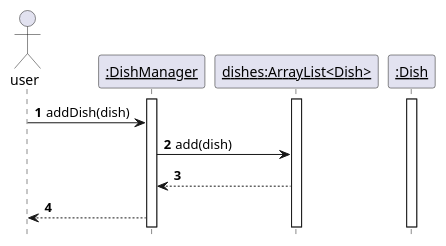
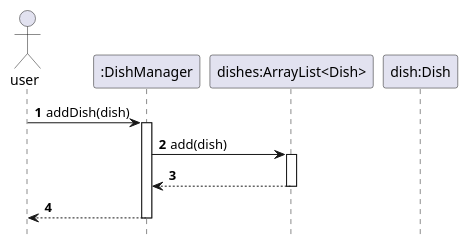
Before and after one commit to nus-cs2113-AY2122S2/tp: the diagram in docs/uml/sequence/DishManager_addDish.puml, drawn with PlantUML. The commit also changed 4 other files, not shown here.

Commit message:
Delete underscore (no need to user in sequence diagram)

```diff
--- a/docs/uml/sequence/DishManager_addDish.puml
+++ b/docs/uml/sequence/DishManager_addDish.puml
@@ -1,21 +1,21 @@
 @startuml
 'https://plantuml.com/sequence-diagram
 
 autonumber
 hide footbox
 
 actor user
-participant "__:DishManager__" as dishmanager
-participant "__dishes:ArrayList<Dish>__" as dishes
-participant "__:Dish__" as dish
-
-activate dishmanager
-activate dishes
-activate dish
+participant ":DishManager" as dishmanager
+participant "dishes:ArrayList<Dish>" as dishes
+participant "dish:Dish" as dish
 
 user -> dishmanager: addDish(dish)
+activate dishmanager
 dishmanager -> dishes: add(dish)
+activate dishes
 dishes --> dishmanager
+deactivate dishes
 dishmanager --> user
+deactivate dishmanager
 
 @enduml
```
